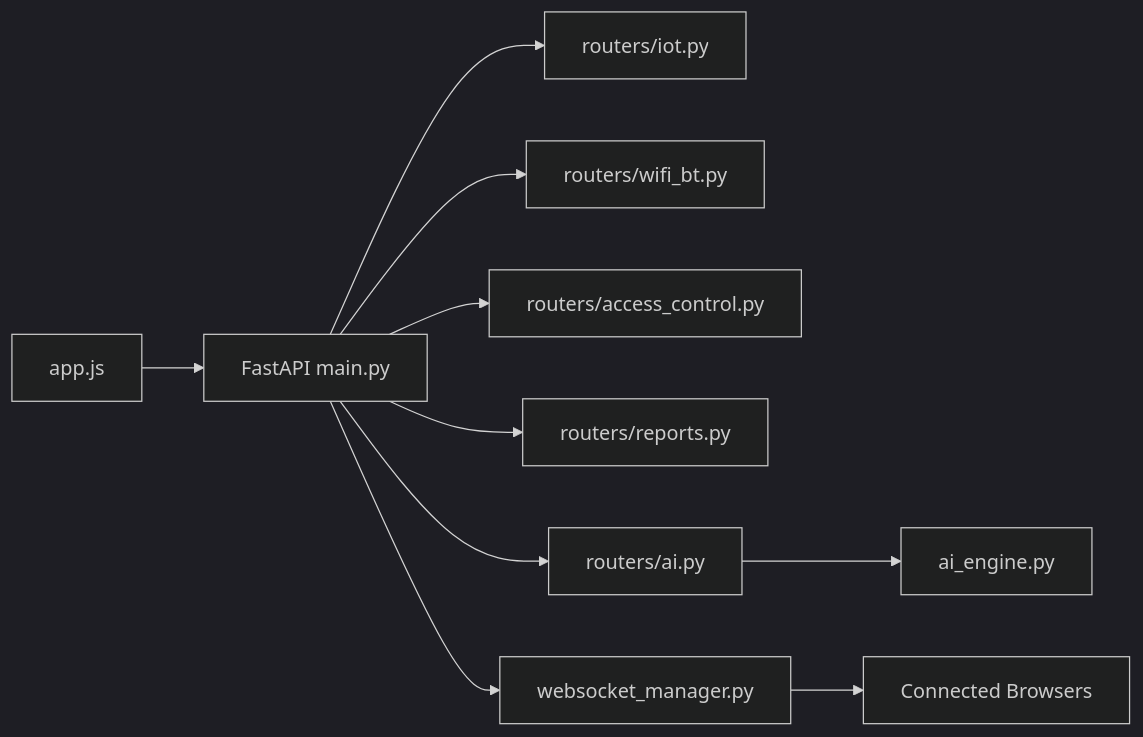
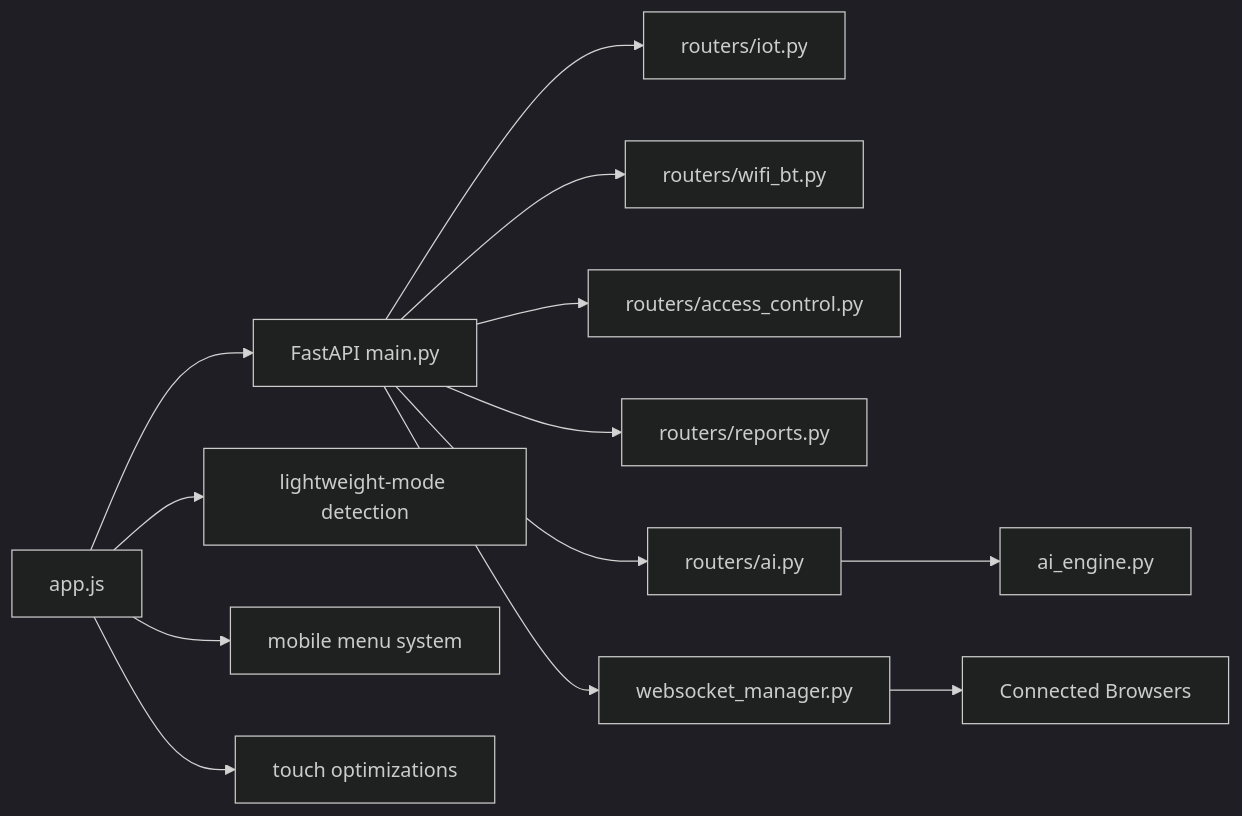
Before and after one commit to MohandWaleed3/PentexOne: diagram 16 of 16 in .qoder/repowiki/en/content/Frontend Dashboard.md, drawn with Mermaid (dark theme). The commit also changed other lines of this file and 17 other files, not shown here.

````diff
--- a/.qoder/repowiki/en/content/Frontend Dashboard.md
+++ b/.qoder/repowiki/en/content/Frontend Dashboard.md
@@ -390,12 +578,15 @@
 ```mermaid
 graph LR
 JS["app.js"] --> API["FastAPI main.py"]
 API --> IOT["routers/iot.py"]
 API --> WIFI["routers/wifi_bt.py"]
 API --> RFID["routers/access_control.py"]
 API --> REP["routers/reports.py"]
 API --> AI["routers/ai.py"]
 API --> WS["websocket_manager.py"]
 WS --> Clients["Connected Browsers"]
 AI --> Engine["ai_engine.py"]
+JS --> Lightweight["lightweight-mode detection"]
+JS --> Mobile["mobile menu system"]
+JS --> Touch["touch optimizations"]
 ```
````
